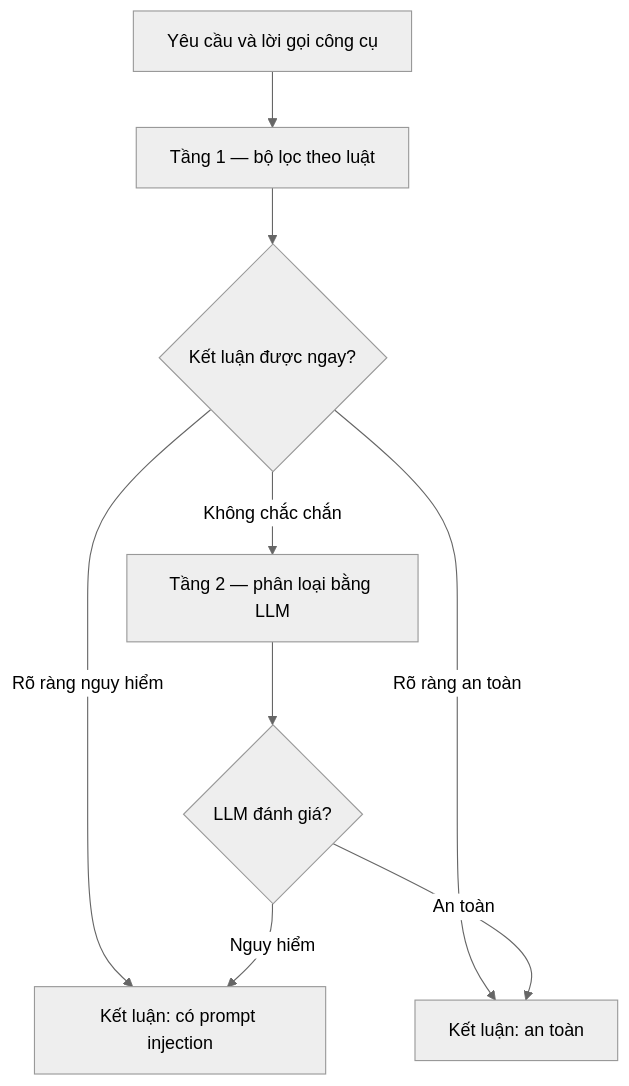
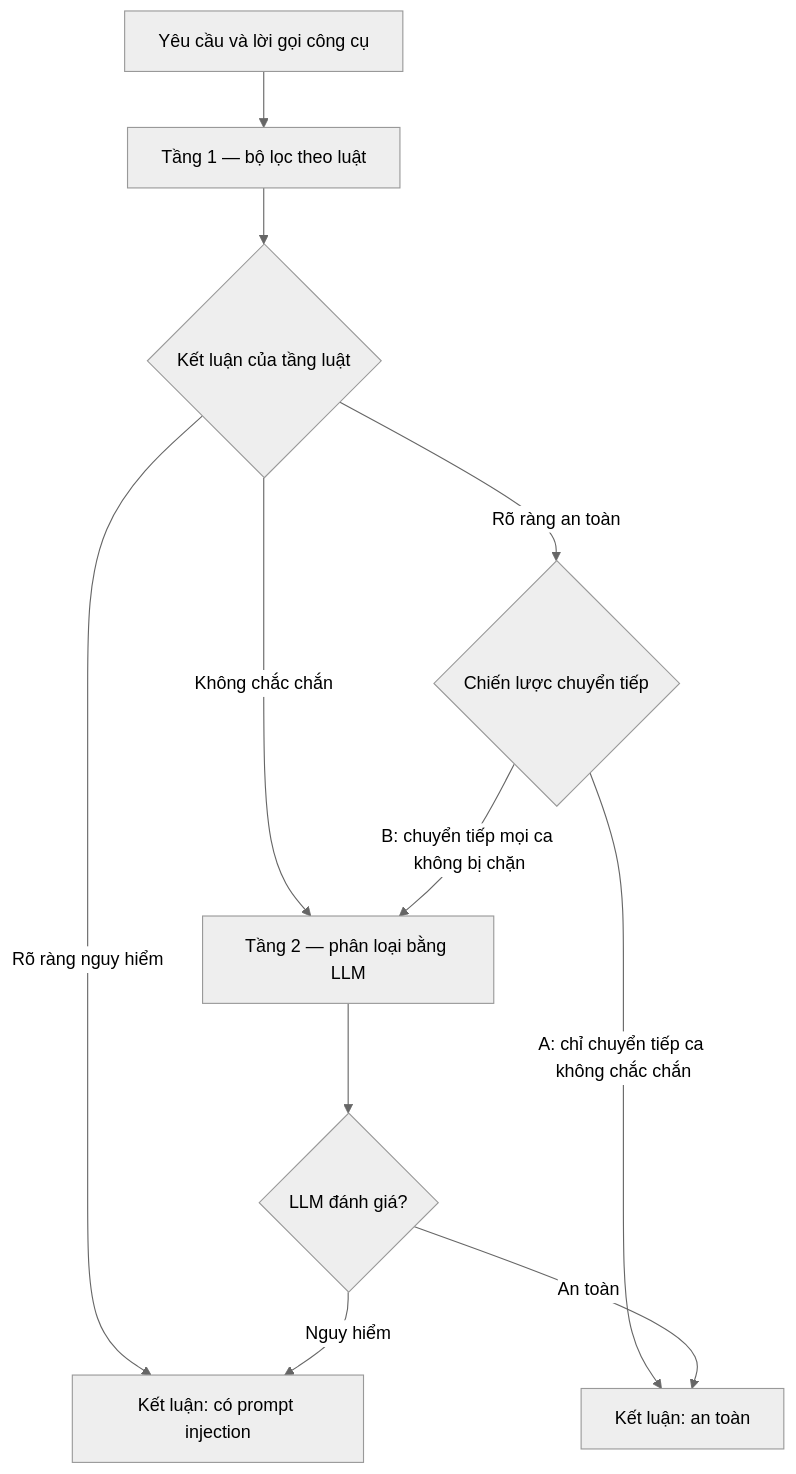
Before and after one commit to nguyen-cong-thanh/kmam-iot-llm-middleware: the ninth of 9 diagrams in docs/report.md, drawn with Mermaid (neutral theme). The commit also changed other lines of this file and 13 other files, not shown here.

````diff
--- a/docs/report.md
+++ b/docs/report.md
@@ -750,11 +758,13 @@
 ```mermaid
 flowchart TD
     IN["Yêu cầu và lời gọi công cụ"] --> RULE["Tầng 1 — bộ lọc theo luật"]
-    RULE --> Q{"Kết luận được ngay?"}
+    RULE --> Q{"Kết luận của tầng luật"}
     Q -- "Rõ ràng nguy hiểm" --> BLOCK["Kết luận: có prompt injection"]
-    Q -- "Rõ ràng an toàn" --> PASS["Kết luận: an toàn"]
     Q -- "Không chắc chắn" --> LLM["Tầng 2 — phân loại bằng LLM"]
+    Q -- "Rõ ràng an toàn" --> ESC{"Chiến lược chuyển tiếp"}
+    ESC -- "A: chỉ chuyển tiếp ca không chắc chắn" --> PASS["Kết luận: an toàn"]
+    ESC -- "B: chuyển tiếp mọi ca không bị chặn" --> LLM
     LLM --> DEC{"LLM đánh giá?"}
     DEC -- "Nguy hiểm" --> BLOCK
     DEC -- "An toàn" --> PASS
 ```
````
